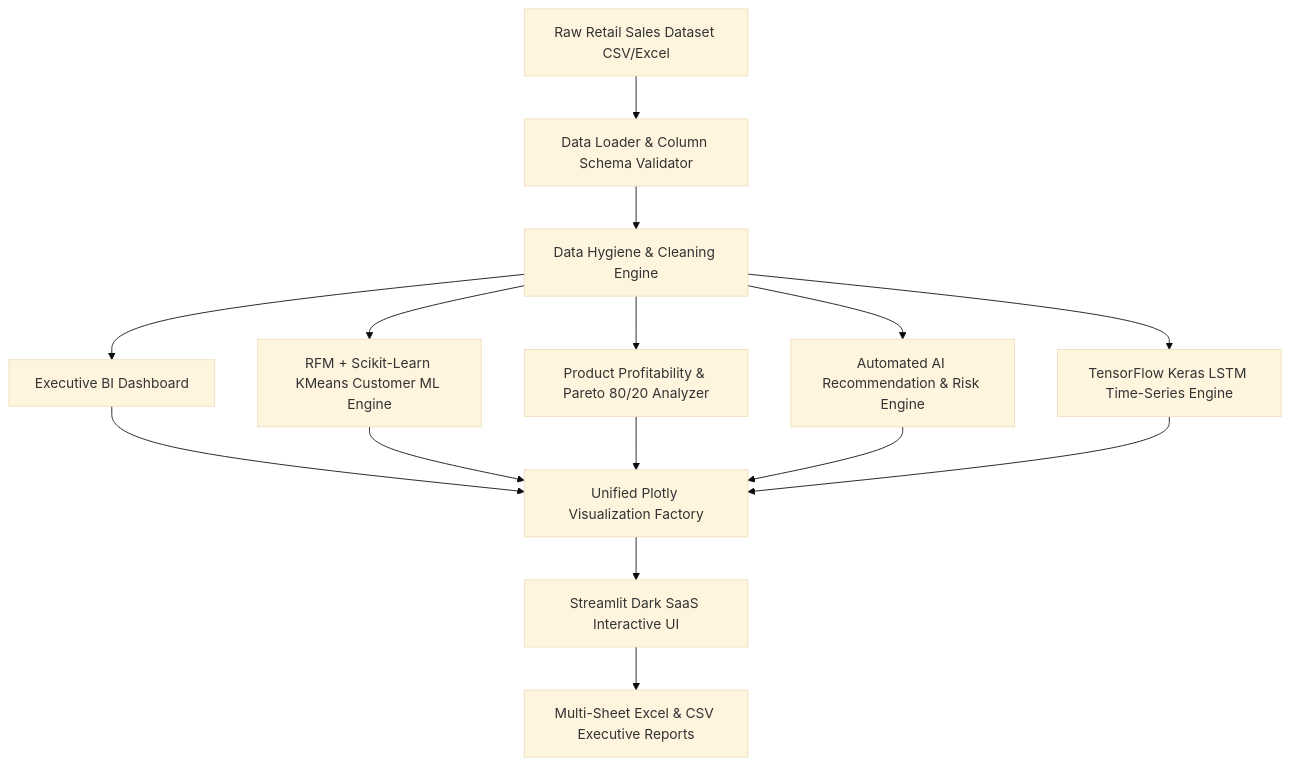
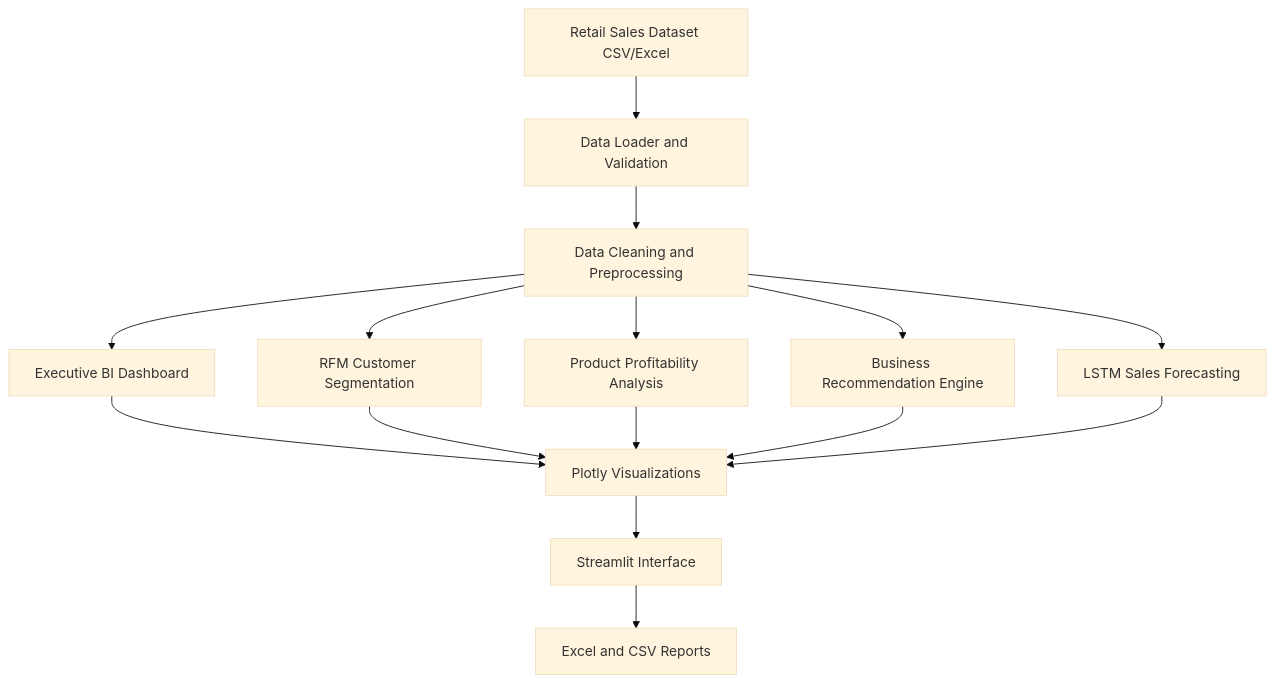
The diagram in README.md (rakshanayak00/InsightAI), drawn with Mermaid (base theme) before and after one commit. The commit also changed other lines of this file, not shown here.

````diff
--- a/README.md
+++ b/README.md
@@ -27,17 +34,20 @@
 ```mermaid
 graph TD
-    A[Raw Retail Sales Dataset CSV/Excel] --> B[Data Loader & Column Schema Validator]
-    B --> C[Data Hygiene & Cleaning Engine]
+    A[Retail Sales Dataset CSV/Excel] --> B[Data Loader and Validation]
+    B --> C[Data Cleaning and Preprocessing]
+
     C --> D1[Executive BI Dashboard]
-    C --> D2[RFM + Scikit-Learn KMeans Customer ML Engine]
-    C --> D3[Product Profitability & Pareto 80/20 Analyzer]
-    C --> D4[Automated AI Recommendation & Risk Engine]
-    C --> D5[TensorFlow Keras LSTM Time-Series Engine]
-    D1 --> E[Unified Plotly Visualization Factory]
+    C --> D2[RFM Customer Segmentation]
+    C --> D3[Product Profitability Analysis]
+    C --> D4[Business Recommendation Engine]
+    C --> D5[LSTM Sales Forecasting]
+
+    D1 --> E[Plotly Visualizations]
     D2 --> E
     D3 --> E
     D4 --> E
     D5 --> E
-    E --> F[Streamlit Dark SaaS Interactive UI]
-    F --> G[Multi-Sheet Excel & CSV Executive Reports]
+
+    E --> F[Streamlit Interface]
+    F --> G[Excel and CSV Reports]
 ```
````
